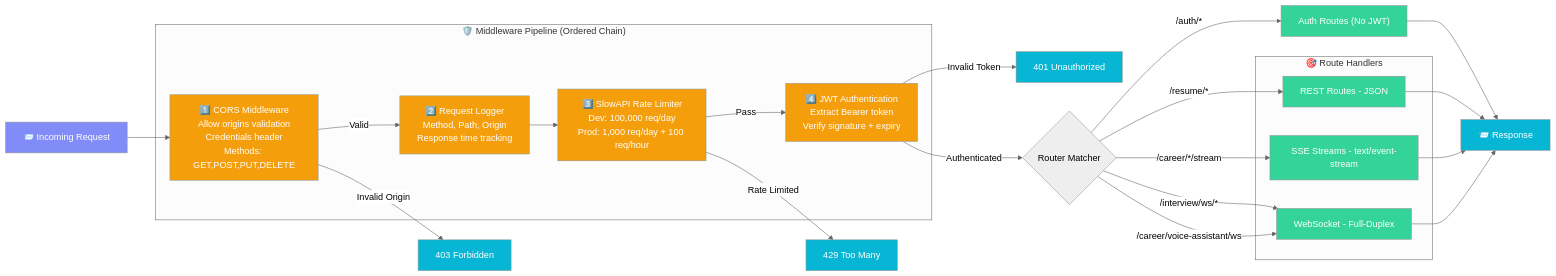
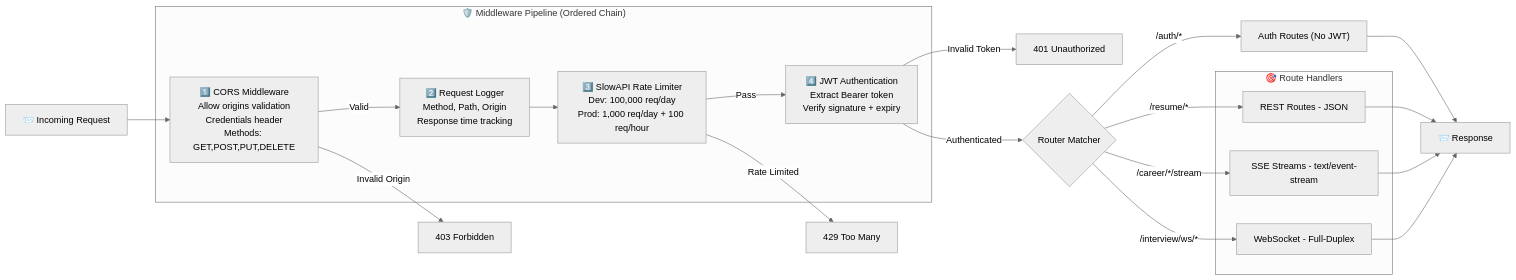
One commit to Anil-Pradhan-web/ai-career-mentor changed diagram 13 of 31 in documentation/ARCHITECTURE.md. Above: the diagram before and after it, drawn with Mermaid (neutral theme). The commit also changed other lines of this file, not shown here.

Commit message:
docs: remove Voice Assistant section and references from ARCHITECTURE.md and renumber TOC

````diff
--- a/documentation/ARCHITECTURE.md
+++ b/documentation/ARCHITECTURE.md
@@ -643,45 +538,39 @@
 ```mermaid
 graph LR
     classDef req fill:#818cf8,color:#fff
     classDef mid fill:#f59e0b,color:#fff
     classDef route fill:#34d399,color:#fff
     classDef resp fill:#06b6d4,color:#fff
 
     REQ["📨 Incoming Request"]
     
     subgraph "🛡️ Middleware Pipeline (Ordered Chain)"
         CORS["1️⃣ CORS Middleware<br/>Allow origins validation<br/>Credentials header<br/>Methods: GET,POST,PUT,DELETE"]
         LOG["2️⃣ Request Logger<br/>Method, Path, Origin<br/>Response time tracking"]
         SLOW["3️⃣ SlowAPI Rate Limiter<br/>Dev: 100,000 req/day<br/>Prod: 1,000 req/day + 100 req/hour"]
         JWT["4️⃣ JWT Authentication<br/>Extract Bearer token<br/>Verify signature + expiry"]
     end
     
     subgraph "🎯 Route Handlers"
         REST["REST Routes - JSON"]
         SSE["SSE Streams - text/event-stream"]
         WS["WebSocket - Full-Duplex"]
     end
 
     REQ --> CORS
     CORS -->|"Invalid Origin"| REJ_CORS["403 Forbidden"]
     CORS -->|"Valid"| LOG
     LOG --> SLOW
     SLOW -->|"Rate Limited"| REJ_429["429 Too Many"]
     SLOW -->|"Pass"| JWT
     
     JWT -->|"Invalid Token"| REJ_401["401 Unauthorized"]
     JWT -->|"Authenticated"| ROUTER{"Router Matcher"}
     
     ROUTER -->|"/auth/*"| AUTH_R["Auth Routes (No JWT)"]
     ROUTER -->|"/resume/*"| REST
     ROUTER -->|"/career/*/stream"| SSE
     ROUTER -->|"/interview/ws/*"| WS
-    ROUTER -->|"/career/voice-assistant/ws"| WS
     
     AUTH_R & REST & SSE & WS --> RESP["📨 Response"]
-
-    class REQ req
-    class CORS,LOG,SLOW,JWT mid
-    class AUTH_R,REST,SSE,WS route
-    class RESP,REJ_CORS,REJ_429,REJ_401 resp
 ```
````
